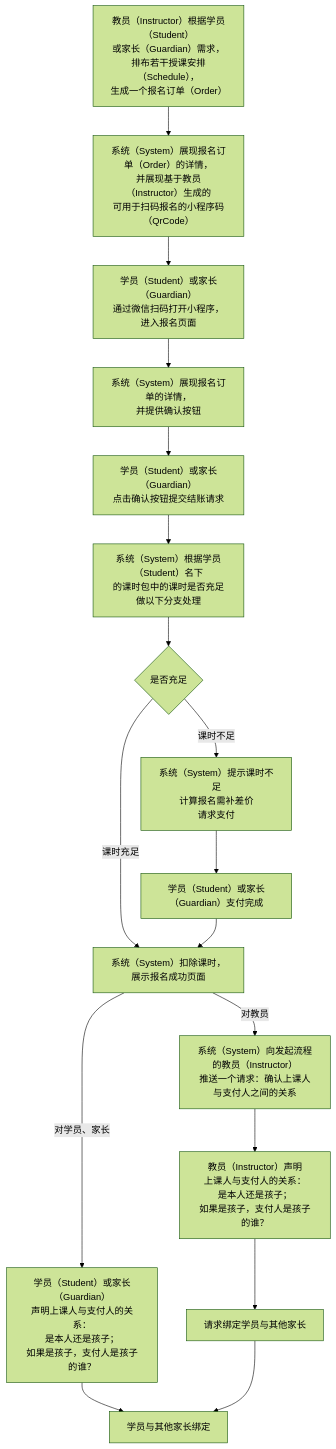
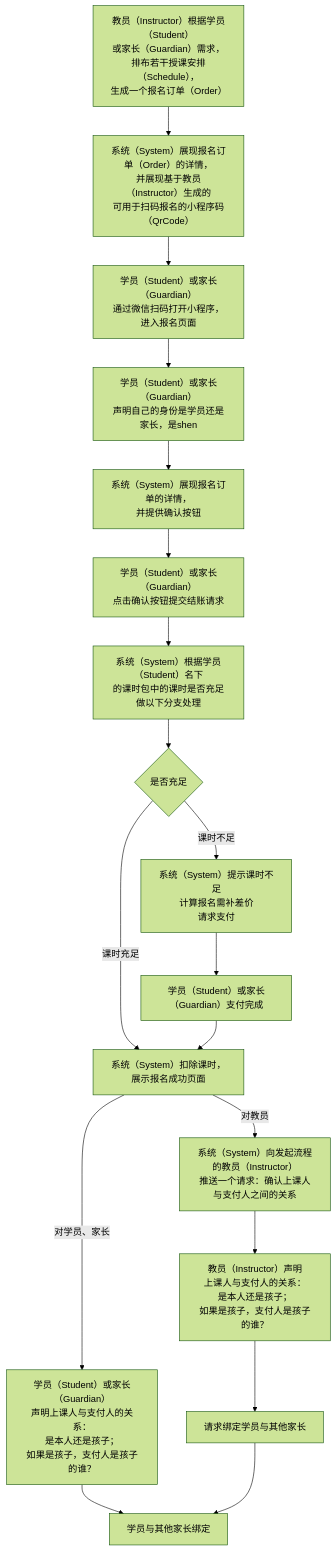
The diagram in 用例/报名.md (world-wide-web/sign), drawn with Mermaid (forest theme) before and after one commit. The commit also changed other lines of this file, not shown here.

````diff
--- a/用例/报名.md
+++ b/用例/报名.md
@@ -8,50 +8,53 @@
 ```mermaid
 graph TD
 
 生成报名订单-->生成报名码
 生成报名码-->扫码报名
-扫码报名-->展现报名订单
+扫码报名-->声明身份
+声明身份-->展现报名订单
 展现报名订单-->确认并提交结账请求
 确认并提交结账请求-->检查课时数量
 检查课时数量-->判断课时数量
 判断课时数量--课时充足-->扣课并提示报名成功
 判断课时数量--课时不足-->请求支付
 请求支付-->支付完成
 支付完成-->扣课并提示报名成功
 扣课并提示报名成功--对教员-->请求身份声明
 扣课并提示报名成功--"对学员、家长"-->支付人身份声明
 请求身份声明-->教员代理身份声明
 教员代理身份声明-->请求绑定学员与其他家长
 支付人身份声明-->学员与其他家长绑定
 请求绑定学员与其他家长-->学员与其他家长绑定
 
 生成报名订单["<center>教员（Instructor）根据学员（Student）<br>或家长（Guardian）需求，<br>排布若干授课安排（Schedule），<br>生成一个报名订单（Order）</center>"]
 
 生成报名码["<center>系统（System）展现报名订单（Order）的详情，<br>并展现基于教员（Instructor）生成的<br>可用于扫码报名的小程序码（QrCode）</center>"]
 
 扫码报名["<center>学员（Student）或家长（Guardian）<br>通过微信扫码打开小程序，进入报名页面</center>"]
+
+声明身份["<center>学员（Student）或家长（Guardian）<br>声明自己的身份是学员还是家长，是shen</center>"]
 
 展现报名订单["<center>系统（System）展现报名订单的详情，<br>并提供确认按钮</center>"]
 
 确认并提交结账请求["<center>学员（Student）或家长（Guardian）<br>点击确认按钮提交结账请求</center>"]
 
 检查课时数量["<center>系统（System）根据学员（Student）名下<br>的课时包中的课时是否充足做以下分支处理</center>"]
 
 判断课时数量{"<center>是否充足</center>"}
 
 请求支付["<center>系统（System）提示课时不足<br>计算报名需补差价<br>请求支付</center>"]
 
 支付完成["<center>学员（Student）或家长（Guardian）支付完成</center>"]
 
 扣课并提示报名成功["<center>系统（System）扣除课时，展示报名成功页面</center>"]
 
 请求身份声明["<center>系统（System）向发起流程的教员（Instructor）<br>推送一个请求：确认上课人与支付人之间的关系</center>"]
 
 支付人身份声明["<center>学员（Student）或家长（Guardian）<br>声明上课人与支付人的关系：<br>是本人还是孩子；<br>如果是孩子，支付人是孩子的谁？</center>"]
 
 教员代理身份声明["<center>教员（Instructor）声明<br>上课人与支付人的关系：<br>是本人还是孩子；<br>如果是孩子，支付人是孩子的谁？</center>"]
 
 请求绑定学员与其他家长
 
 学员与其他家长绑定
 ```
````
